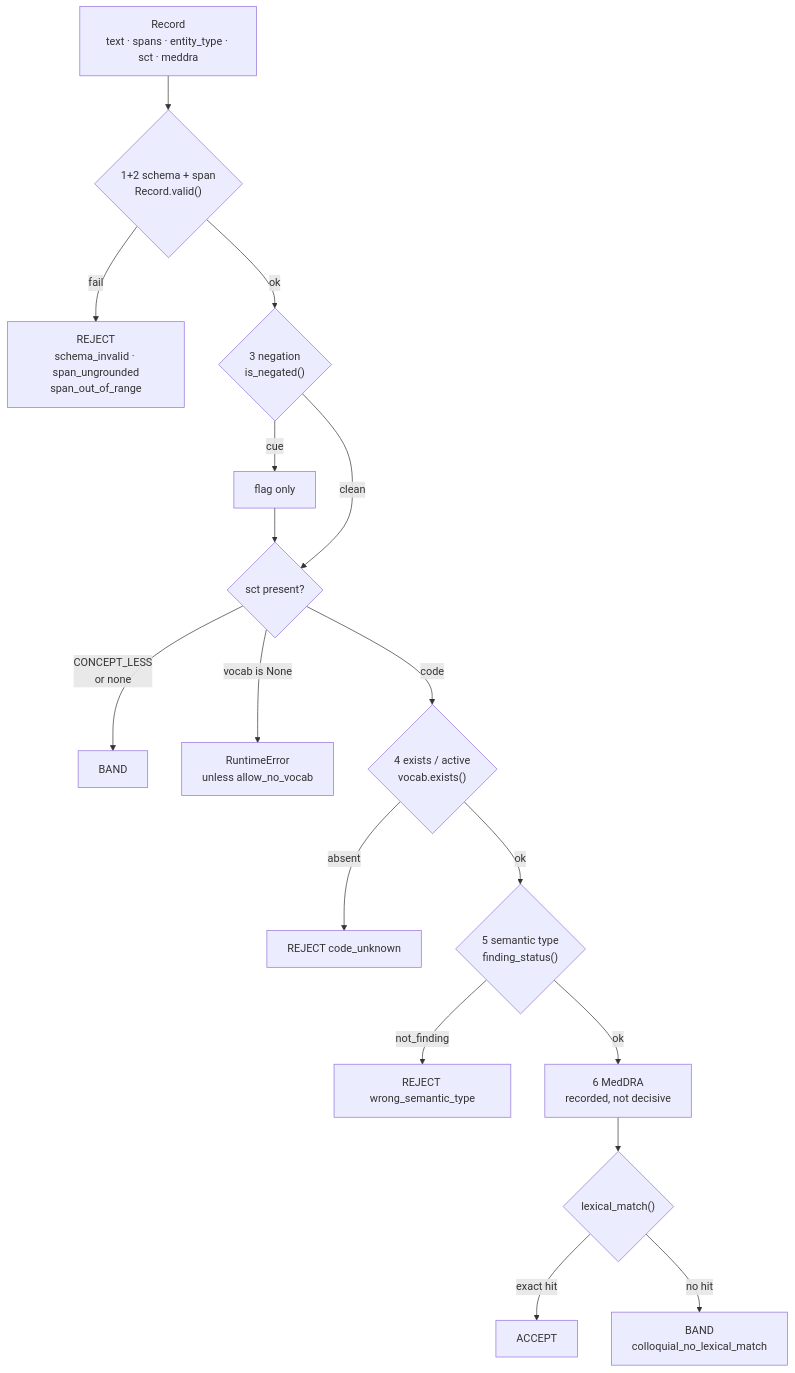
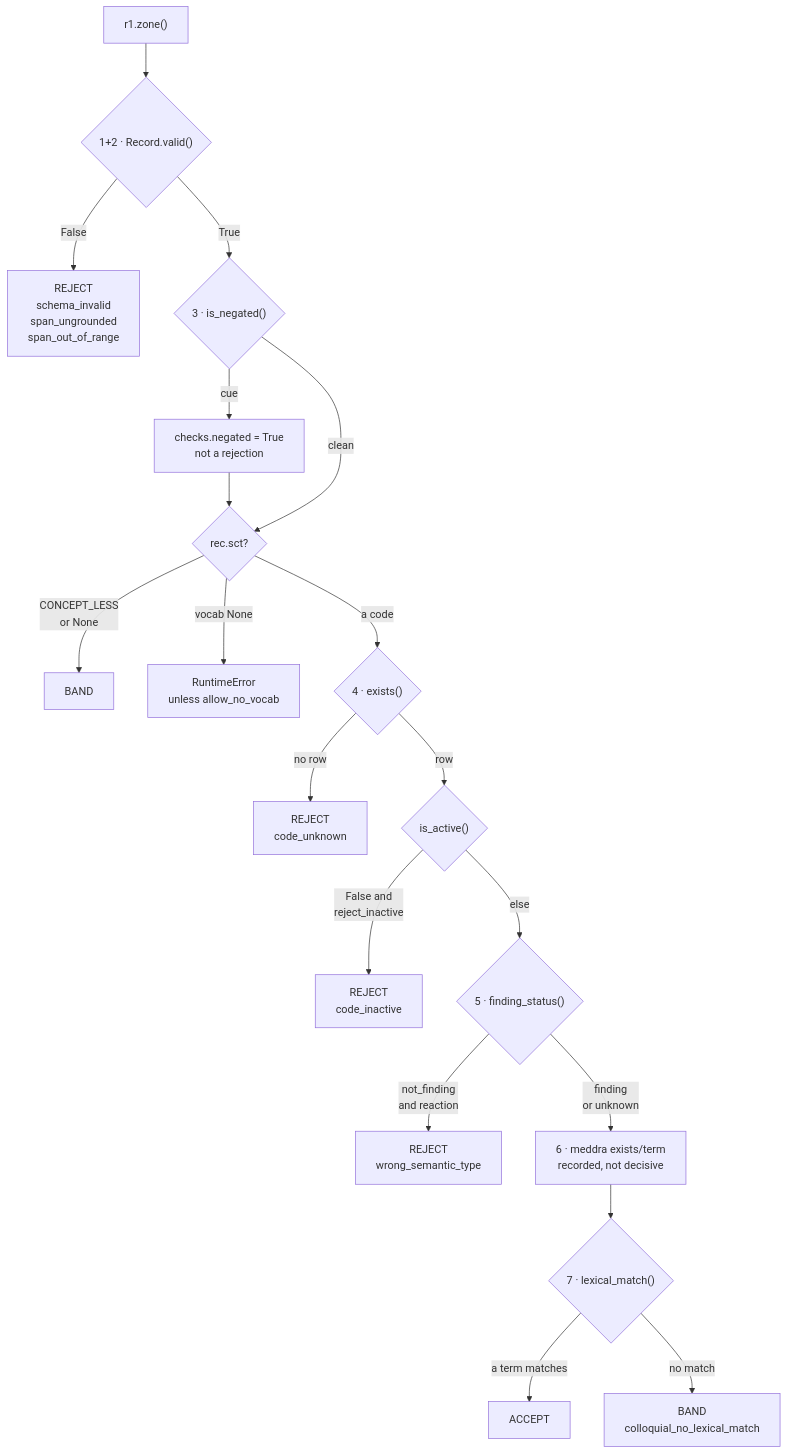
Before and after one commit to wbagais/reliability-ladder: the second of 2 diagrams in docs/wiki/content/r1.md, drawn with Mermaid. The commit also changed other lines of this file, not shown here.

````diff
--- a/docs/wiki/content/r1.md
+++ b/docs/wiki/content/r1.md
@@ -30,19 +71,21 @@
 ```mermaid
 flowchart TD
-    IN["Record<br/>text · spans · entity_type · sct · meddra"] --> C1
-    C1{"1+2 schema + span<br/>Record.valid()"}
-    C1 -->|fail| RJ1["REJECT<br/>schema_invalid · span_ungrounded<br/>span_out_of_range"]
-    C1 -->|ok| C3{"3 negation<br/>is_negated()"}
-    C3 -->|cue| FL["flag only"] --> C35
-    C3 -->|clean| C35{"sct present?"}
-    C35 -->|CONCEPT_LESS<br/>or none| BND1["BAND"]
-    C35 -->|vocab is None| ERR["RuntimeError<br/>unless allow_no_vocab"]
-    C35 -->|code| C4{"4 exists / active<br/>vocab.exists()"}
-    C4 -->|absent| RJ2["REJECT code_unknown"]
-    C4 -->|ok| C5{"5 semantic type<br/>finding_status()"}
-    C5 -->|not_finding| RJ3["REJECT wrong_semantic_type"]
-    C5 -->|ok| C6["6 MedDRA<br/>recorded, not decisive"]
-    C6 --> C7{"lexical_match()"}
-    C7 -->|exact hit| ACC["ACCEPT"]
-    C7 -->|no hit| BND2["BAND<br/>colloquial_no_lexical_match"]
+    Z["r1.zone()"] --> C1
+    C1{"1+2 · Record.valid()"}
+    C1 -->|False| RJ1["REJECT<br/>schema_invalid<br/>span_ungrounded<br/>span_out_of_range"]
+    C1 -->|True| C3{"3 · is_negated()"}
+    C3 -->|"cue"| FL["checks.negated = True<br/>not a rejection"] --> C35
+    C3 -->|"clean"| C35{"rec.sct?"}
+    C35 -->|"CONCEPT_LESS<br/>or None"| BND1["BAND"]
+    C35 -->|"vocab None"| ERR["RuntimeError<br/>unless allow_no_vocab"]
+    C35 -->|"a code"| C4{"4 · exists()"}
+    C4 -->|"no row"| RJ2["REJECT<br/>code_unknown"]
+    C4 -->|"row"| C4B{"is_active()"}
+    C4B -->|"False and<br/>reject_inactive"| RJ3["REJECT<br/>code_inactive"]
+    C4B -->|else| C5{"5 · finding_status()"}
+    C5 -->|"not_finding<br/>and reaction"| RJ4["REJECT<br/>wrong_semantic_type"]
+    C5 -->|"finding<br/>or unknown"| C6["6 · meddra exists/term<br/>recorded, not decisive"]
+    C6 --> C7{"7 · lexical_match()"}
+    C7 -->|"a term matches"| ACC["ACCEPT"]
+    C7 -->|"no match"| BND2["BAND<br/>colloquial_no_lexical_match"]
 ```
````
